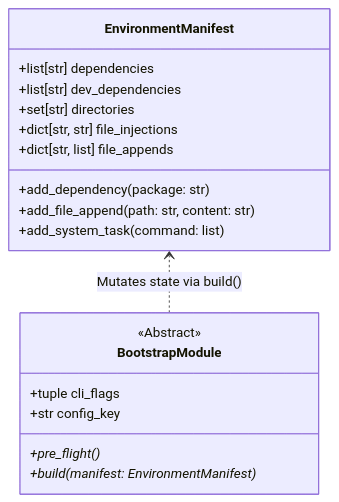
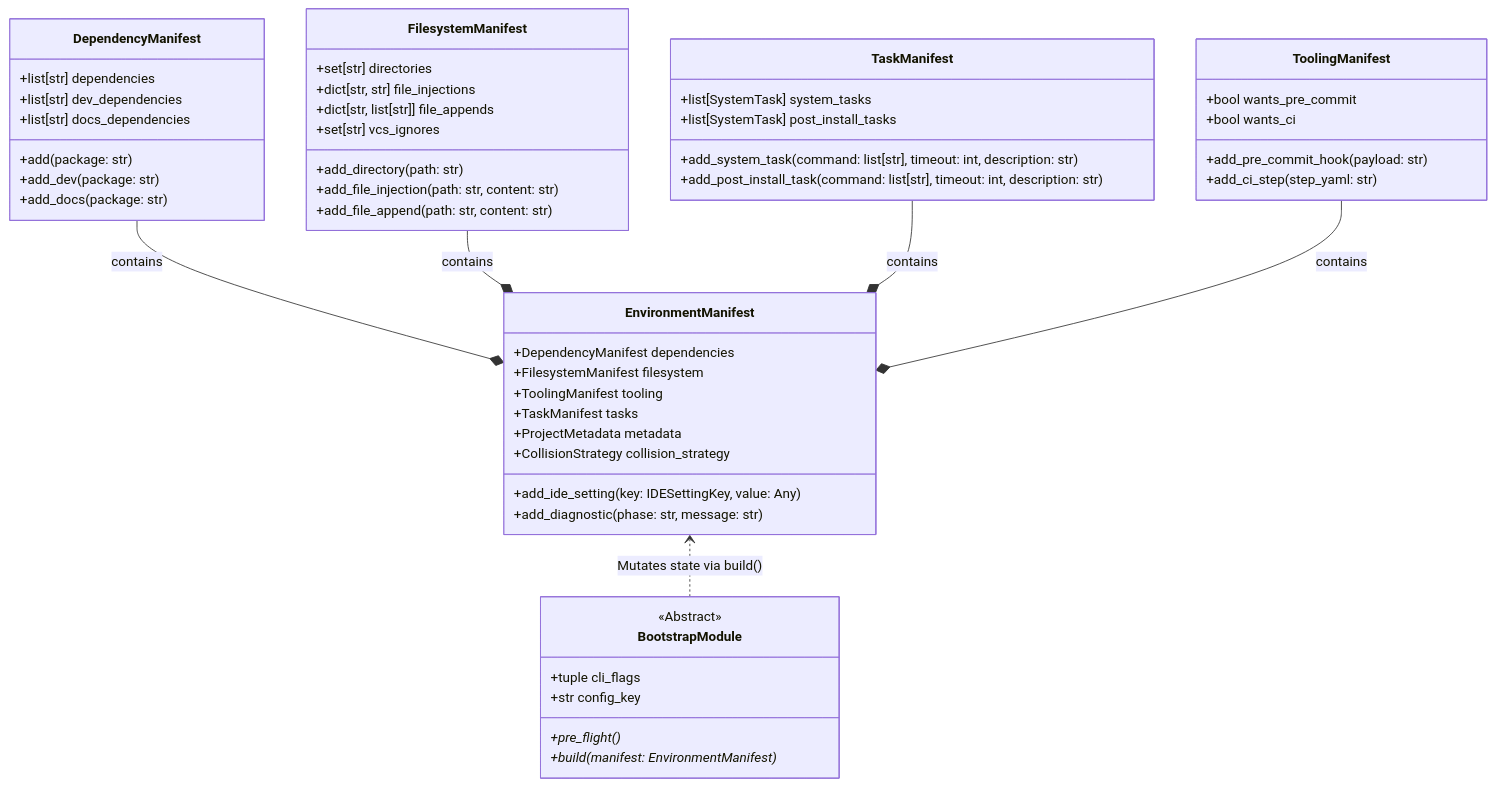
The diagram in docs/mission-control/api-reference.md (JacksonFergusonDev/protostar), drawn with Mermaid before and after one commit. The commit also changed 14 other files, not shown here.

First line of the commit message:
docs(manifest): align documentation with domain slice architecture, add security flowcharts, and fix late-binding variable resolution (#181)

````diff
--- a/docs/mission-control/api-reference.md
+++ b/docs/mission-control/api-reference.md
@@ -9,25 +9,62 @@
 ```mermaid
 classDiagram
     direction BT
 
     class EnvironmentManifest {
+        +DependencyManifest dependencies
+        +FilesystemManifest filesystem
+        +ToolingManifest tooling
+        +TaskManifest tasks
+        +ProjectMetadata metadata
+        +CollisionStrategy collision_strategy
+        +add_ide_setting(key: IDESettingKey, value: Any)
+        +add_diagnostic(phase: str, message: str)
+    }
+
+    class DependencyManifest {
         +list[str] dependencies
         +list[str] dev_dependencies
+        +list[str] docs_dependencies
+        +add(package: str)
+        +add_dev(package: str)
+        +add_docs(package: str)
+    }
+
+    class FilesystemManifest {
         +set[str] directories
         +dict[str, str] file_injections
-        +dict[str, list] file_appends
-        +add_dependency(package: str)
+        +dict[str, list[str]] file_appends
+        +set[str] vcs_ignores
+        +add_directory(path: str)
+        +add_file_injection(path: str, content: str)
         +add_file_append(path: str, content: str)
-        +add_system_task(command: list)
+    }
+
+    class TaskManifest {
+        +list[SystemTask] system_tasks
+        +list[SystemTask] post_install_tasks
+        +add_system_task(command: list[str], timeout: int, description: str)
+        +add_post_install_task(command: list[str], timeout: int, description: str)
+    }
+
+    class ToolingManifest {
+        +bool wants_pre_commit
+        +bool wants_ci
+        +add_pre_commit_hook(payload: str)
+        +add_ci_step(step_yaml: str)
     }
 
     class BootstrapModule {
         <<Abstract>>
         +tuple cli_flags
         +str config_key
         +pre_flight()*
         +build(manifest: EnvironmentManifest)*
     }
 
+    EnvironmentManifest *-- DependencyManifest : contains
+    EnvironmentManifest *-- FilesystemManifest : contains
+    EnvironmentManifest *-- TaskManifest : contains
+    EnvironmentManifest *-- ToolingManifest : contains
     BootstrapModule ..> EnvironmentManifest : Mutates state via build()
 ```
````
